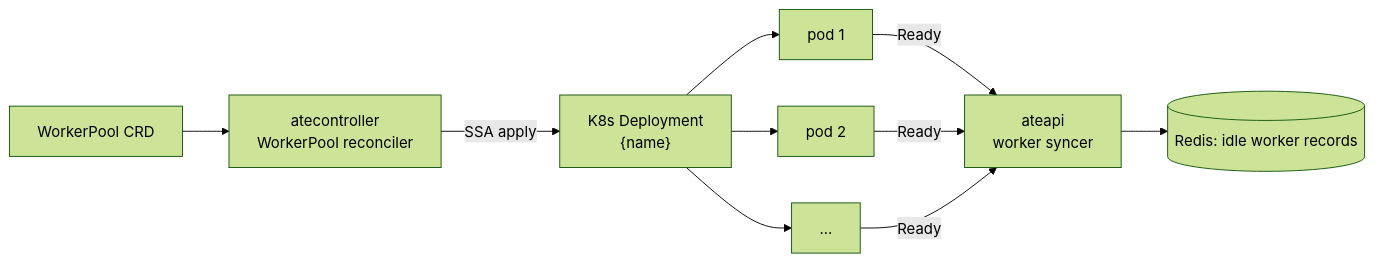
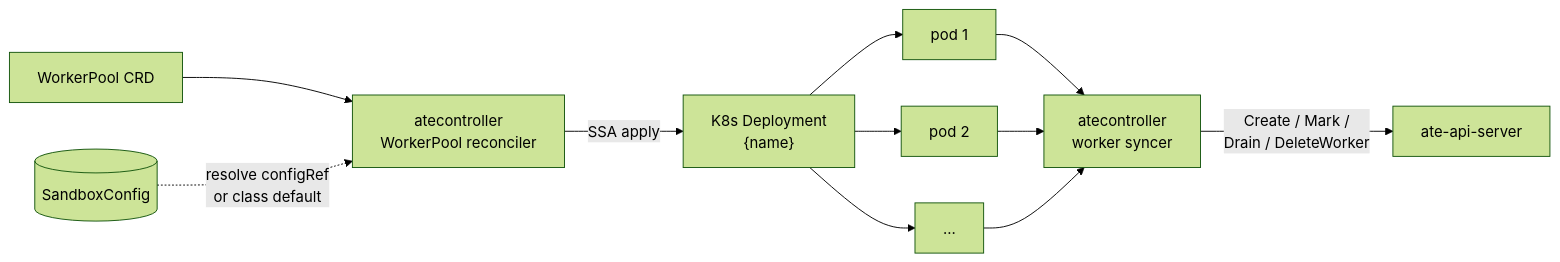
Before and after one commit to christian-posta/substrate: the diagram in atlas/src/content/docs/concepts/workerpool.mdx, drawn with Mermaid (forest theme). The commit also changed other lines of this file and 34 other files, not shown here.

````diff
--- a/atlas/src/content/docs/concepts/workerpool.mdx
+++ b/atlas/src/content/docs/concepts/workerpool.mdx
@@ -122,15 +86,17 @@
 ```mermaid
 flowchart LR
   WP[WorkerPool CRD] --> CTR[atecontroller<br/>WorkerPool reconciler]
+  SC[(SandboxConfig)] -. "resolve configRef<br/>or class default" .-> CTR
   CTR -- SSA apply --> D["K8s Deployment<br/>{name}"]
   D --> P1[pod 1]
   D --> P2[pod 2]
   D --> PN[...]
-  P1 -- Ready --> S[ateapi<br/>worker syncer]
-  P2 -- Ready --> S
-  PN -- Ready --> S
-  S --> R[(Redis: idle worker records)]
+  P1 --> S[atecontroller<br/>worker syncer]
+  P2 --> S
+  PN --> S
+  S -- "Create / Mark /<br/>Drain / DeleteWorker" --> API[ate-api-server]
 
   click CTR "/components/atecontroller/" "atecontroller"
-  click S "/components/ateapi/" "ateapi"
+  click API "/components/ateapi/" "ate-api-server"
+  click SC "/concepts/sandboxconfig/" "SandboxConfig"
 ```
````
